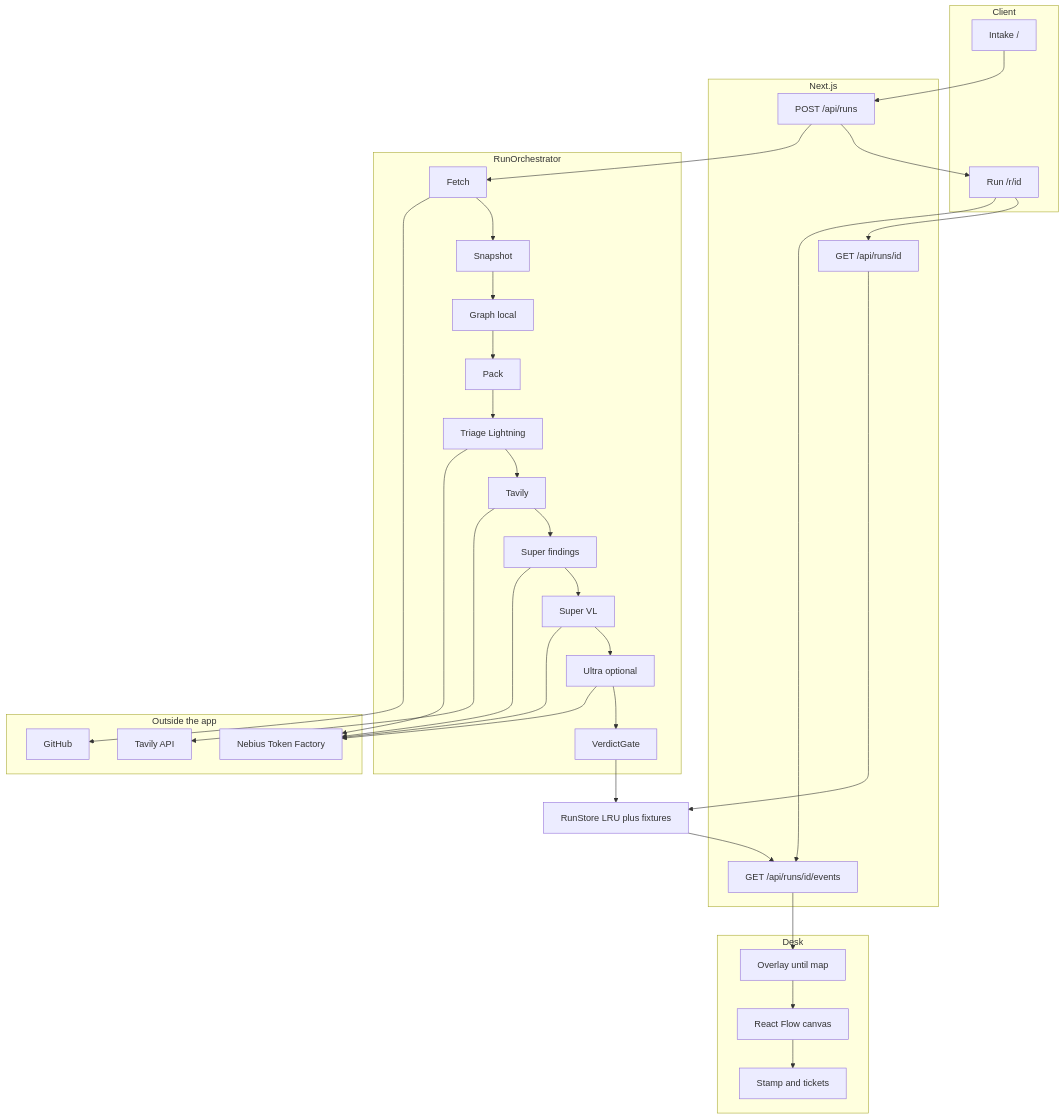
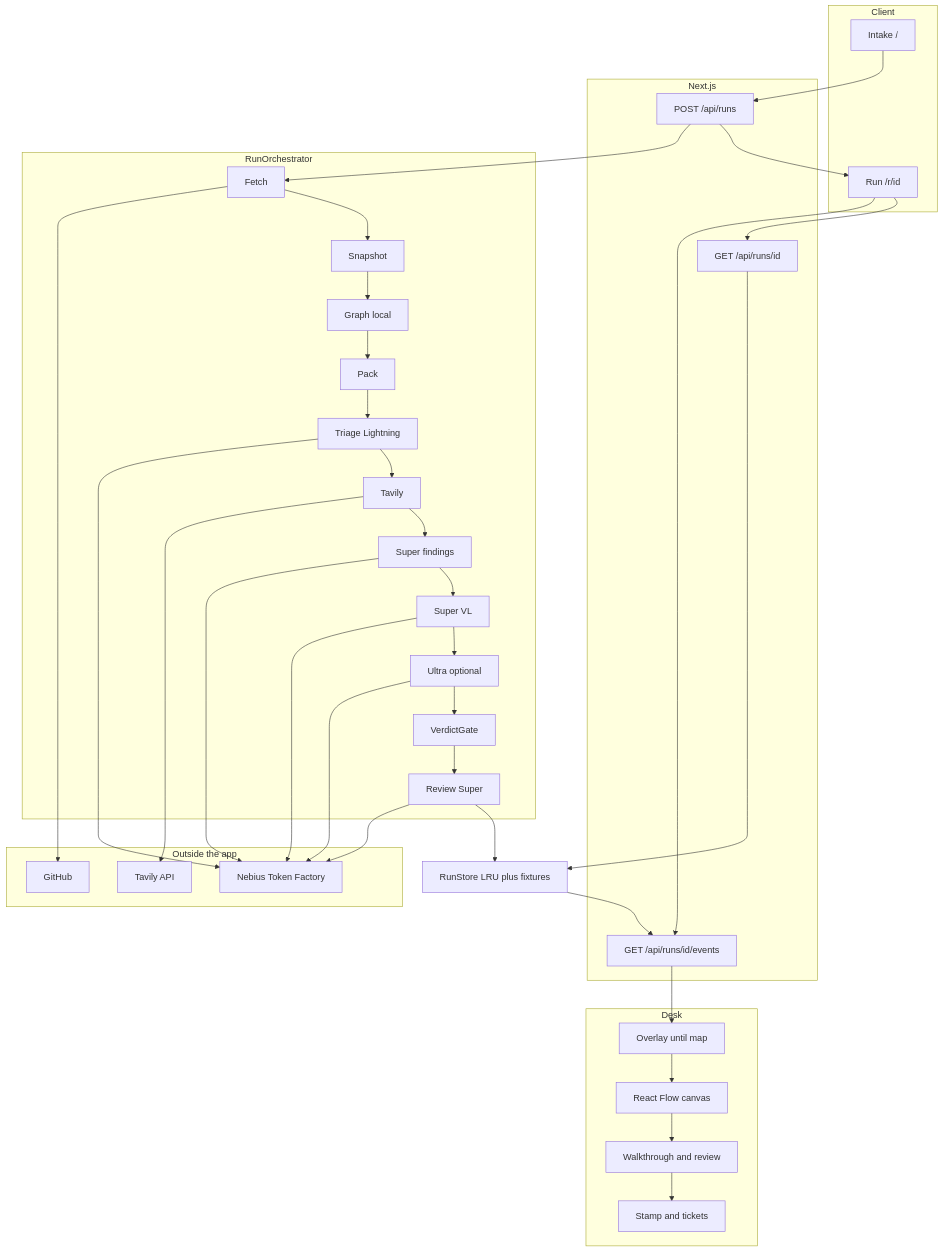
Before and after one commit to AdityaKrSingh26/MergeDesk: the first of 3 diagrams in README.md, drawn with Mermaid. The commit also changed other lines of this file and 31 other files, not shown here.

First line of the commit message:
feat: CodeRabbit-style walkthrough after Gate

````diff
--- a/README.md
+++ b/README.md
@@ -27,67 +29,72 @@
 ```mermaid
 flowchart TB
   subgraph Client
     Intake["Intake /"]
     Desk["Run /r/id"]
   end
 
   subgraph API["Next.js"]
     POST["POST /api/runs"]
     GET["GET /api/runs/id"]
     SSE["GET /api/runs/id/events"]
   end
 
   subgraph Orch["RunOrchestrator"]
     Fetch["Fetch"]
     Snapshot["Snapshot"]
     Graph["Graph local"]
     Pack["Pack"]
     Triage["Triage Lightning"]
     Tavily["Tavily"]
     Super["Super findings"]
     Vision["Super VL"]
     Ultra["Ultra optional"]
     Gate["VerdictGate"]
+    Review["Review Super"]
   end
 
   subgraph Ext["Outside the app"]
     GitHub
     TF["Nebius Token Factory"]
     Tav["Tavily API"]
   end
 
   Store["RunStore LRU plus fixtures"]
 
   subgraph UI["Desk"]
     Overlay["Overlay until map"]
     Canvas["React Flow canvas"]
+    Walk["Walkthrough and review"]
     Stamp["Stamp and tickets"]
   end
 
   Intake --> POST
   POST --> Fetch
   Fetch --> GitHub
   Fetch --> Snapshot
   Snapshot --> Graph
   Graph --> Pack
   Pack --> Triage
   Triage --> TF
   Triage --> Tavily
   Tavily --> Tav
   Tavily --> Super
   Super --> TF
   Super --> Vision
   Vision --> TF
   Vision --> Ultra
   Ultra --> TF
   Ultra --> Gate
-  Gate --> Store
+  Gate --> Review
+  Review --> TF
+  Review --> Store
   POST --> Desk
   Desk --> SSE
   Store --> SSE
   SSE --> Overlay
   Overlay --> Canvas
-  Canvas --> Stamp
+  Canvas --> Walk
+  Walk --> Stamp
   Desk --> GET
   GET --> Store
 ```
````
